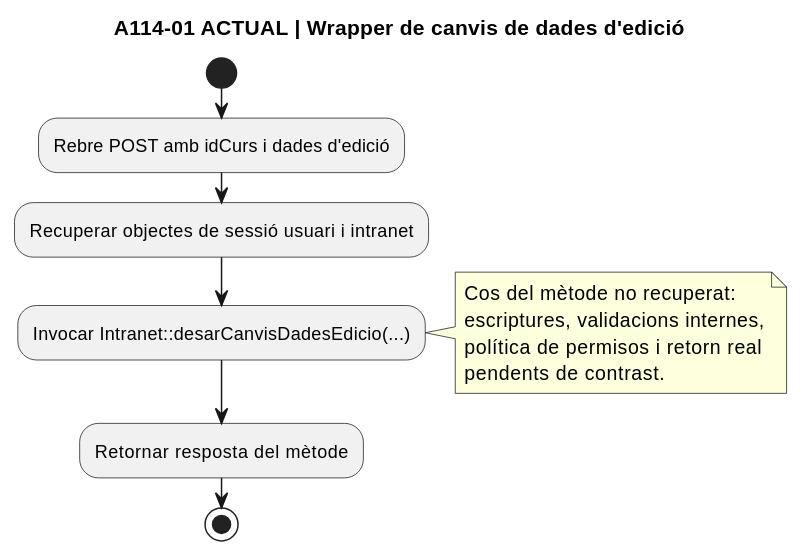
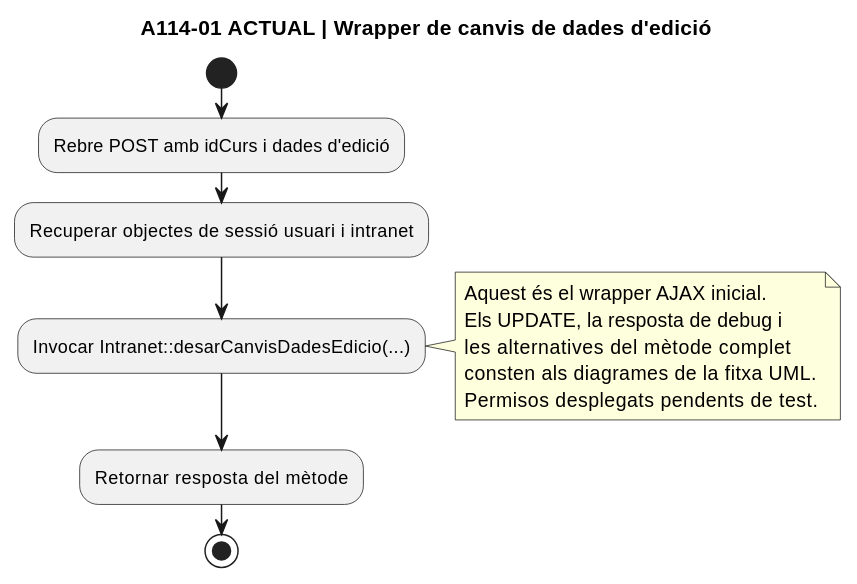
Before and after one commit to orgmeriemprismacat-del/verifactu: the first of 4 diagrams in documentacio/07-uml-integrat/00-auditoria-casos-pendents-lot-03-uc-114-2026-09-22.md, drawn with PlantUML. The commit also changed other lines of this file, not shown here.

````diff
--- a/documentacio/07-uml-integrat/00-auditoria-casos-pendents-lot-03-uc-114-2026-09-22.md
+++ b/documentacio/07-uml-integrat/00-auditoria-casos-pendents-lot-03-uc-114-2026-09-22.md
@@ -55,17 +55,18 @@
 ```plantuml
 @startuml
 title A114-01 ACTUAL | Wrapper de canvis de dades d'edició
 start
 :Rebre POST amb idCurs i dades d'edició;
 :Recuperar objectes de sessió usuari i intranet;
 :Invocar Intranet::desarCanvisDadesEdicio(...);
 note right
-  Cos del mètode no recuperat:
-  escriptures, validacions internes,
-  política de permisos i retorn real
-  pendents de contrast.
+  Aquest és el wrapper AJAX inicial.
+  Els UPDATE, la resposta de debug i
+  les alternatives del mètode complet
+  consten als diagrames de la fitxa UML.
+  Permisos desplegats pendents de test.
 end note
 :Retornar resposta del mètode;
 stop
 @enduml
 ```
````
